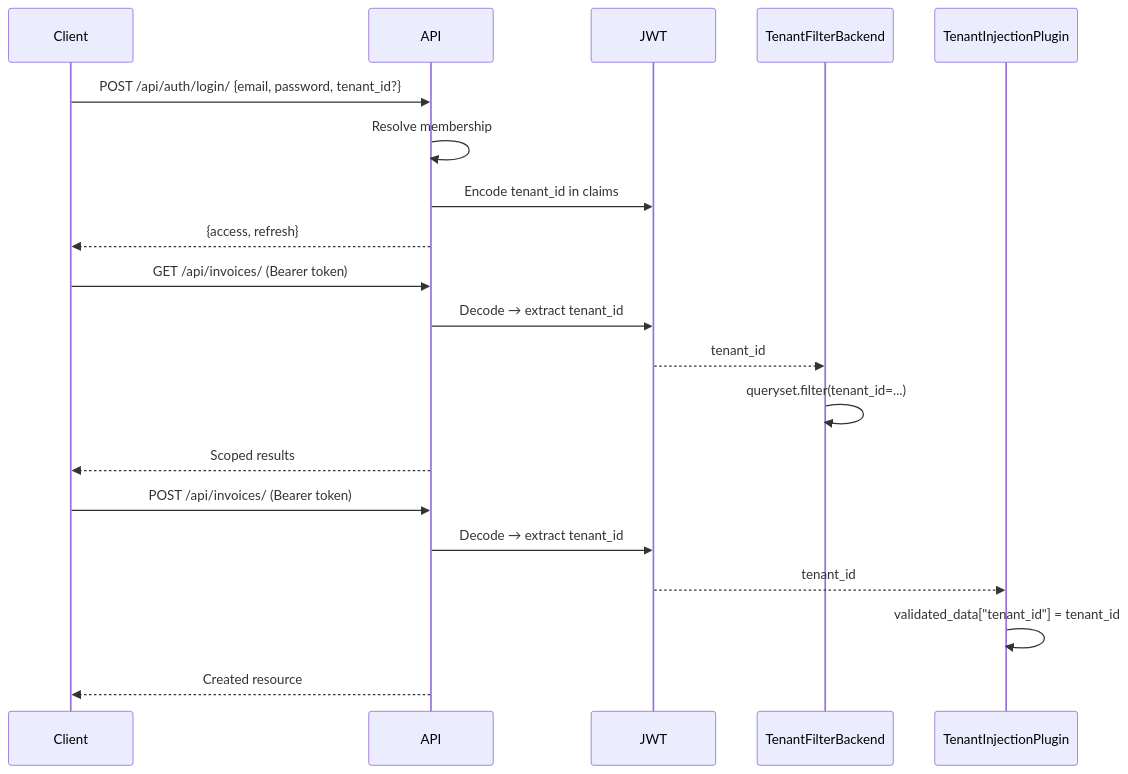
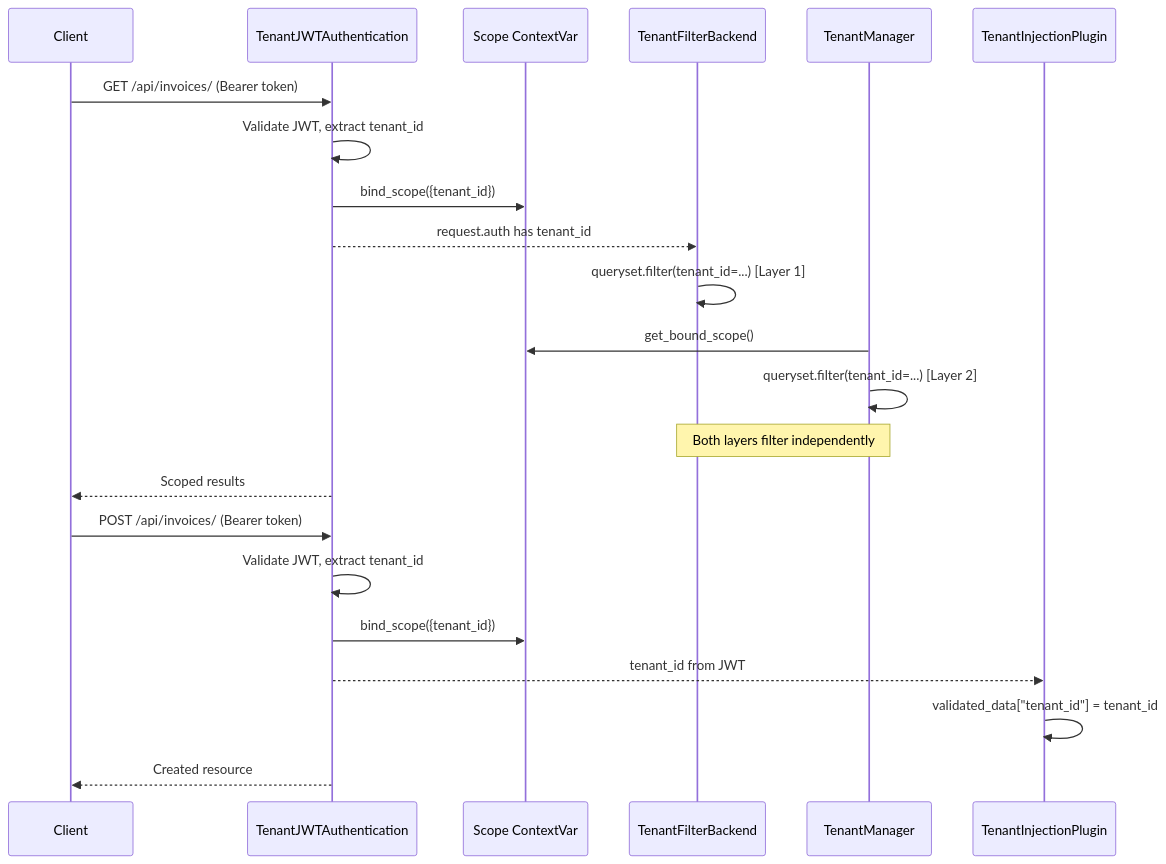
Before and after one commit to camercadop/drf-enterprise-information-platform: the first of 5 diagrams in docs/guidelines/multi-tenancy.md, drawn with Mermaid. The commit also changed other lines of this file and 9 other files, not shown here.

Commit message:
feat(tenancy): implement JWT authentication with tenant scope binding and enhance ORM-level isolation

````diff
--- a/docs/guidelines/multi-tenancy.md
+++ b/docs/guidelines/multi-tenancy.md
@@ -22,25 +27,26 @@
 ```mermaid
 sequenceDiagram
     participant Client
-    participant API
-    participant JWT
+    participant Auth as TenantJWTAuthentication
+    participant ContextVar as Scope ContextVar
     participant Filter as TenantFilterBackend
+    participant Manager as TenantManager
     participant Plugin as TenantInjectionPlugin
 
-    Client->>API: POST /api/auth/login/ {email, password, tenant_id?}
-    API->>API: Resolve membership
-    API->>JWT: Encode tenant_id in claims
-    API-->>Client: {access, refresh}
+    Client->>Auth: GET /api/invoices/ (Bearer token)
+    Auth->>Auth: Validate JWT, extract tenant_id
+    Auth->>ContextVar: bind_scope({tenant_id})
+    Auth-->>Filter: request.auth has tenant_id
+    Filter->>Filter: queryset.filter(tenant_id=...) [Layer 1]
+    Manager->>ContextVar: get_bound_scope()
+    Manager->>Manager: queryset.filter(tenant_id=...) [Layer 2]
+    Note over Filter,Manager: Both layers filter independently
+    Auth-->>Client: Scoped results
 
-    Client->>API: GET /api/invoices/ (Bearer token)
-    API->>JWT: Decode → extract tenant_id
-    JWT-->>Filter: tenant_id
-    Filter->>Filter: queryset.filter(tenant_id=...)
-    API-->>Client: Scoped results
-
-    Client->>API: POST /api/invoices/ (Bearer token)
-    API->>JWT: Decode → extract tenant_id
-    JWT-->>Plugin: tenant_id
+    Client->>Auth: POST /api/invoices/ (Bearer token)
+    Auth->>Auth: Validate JWT, extract tenant_id
+    Auth->>ContextVar: bind_scope({tenant_id})
+    Auth-->>Plugin: tenant_id from JWT
     Plugin->>Plugin: validated_data["tenant_id"] = tenant_id
-    API-->>Client: Created resource
+    Auth-->>Client: Created resource
 ```
````
